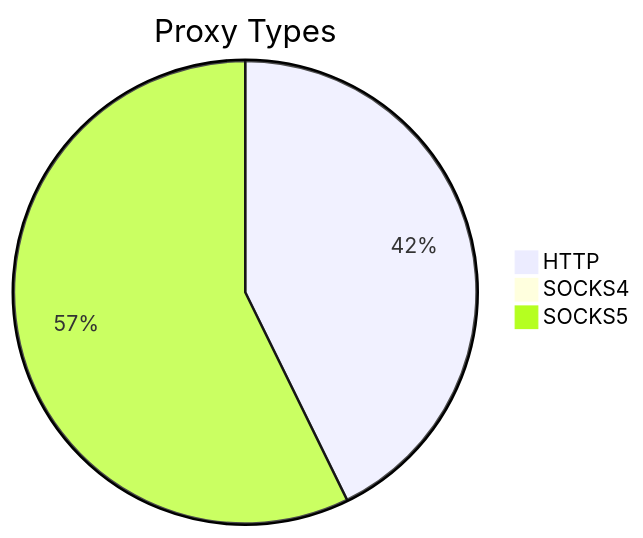
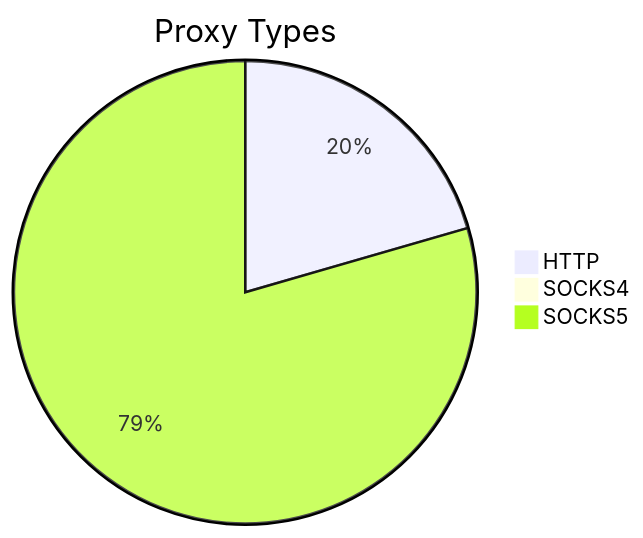
Before and after one commit to stormsia/proxy-list: the first of 2 diagrams in README.md, drawn with Mermaid. The commit also changed other lines of this file, not shown here.

````diff
--- a/README.md
+++ b/README.md
@@ -21,6 +21,6 @@
 ```mermaid
 pie title Proxy Types
-    "HTTP" : 660
-    "SOCKS4" : 11
-    "SOCKS5" : 884
+    "HTTP" : 751
+    "SOCKS4" : 14
+    "SOCKS5" : 2908
 ```
````
